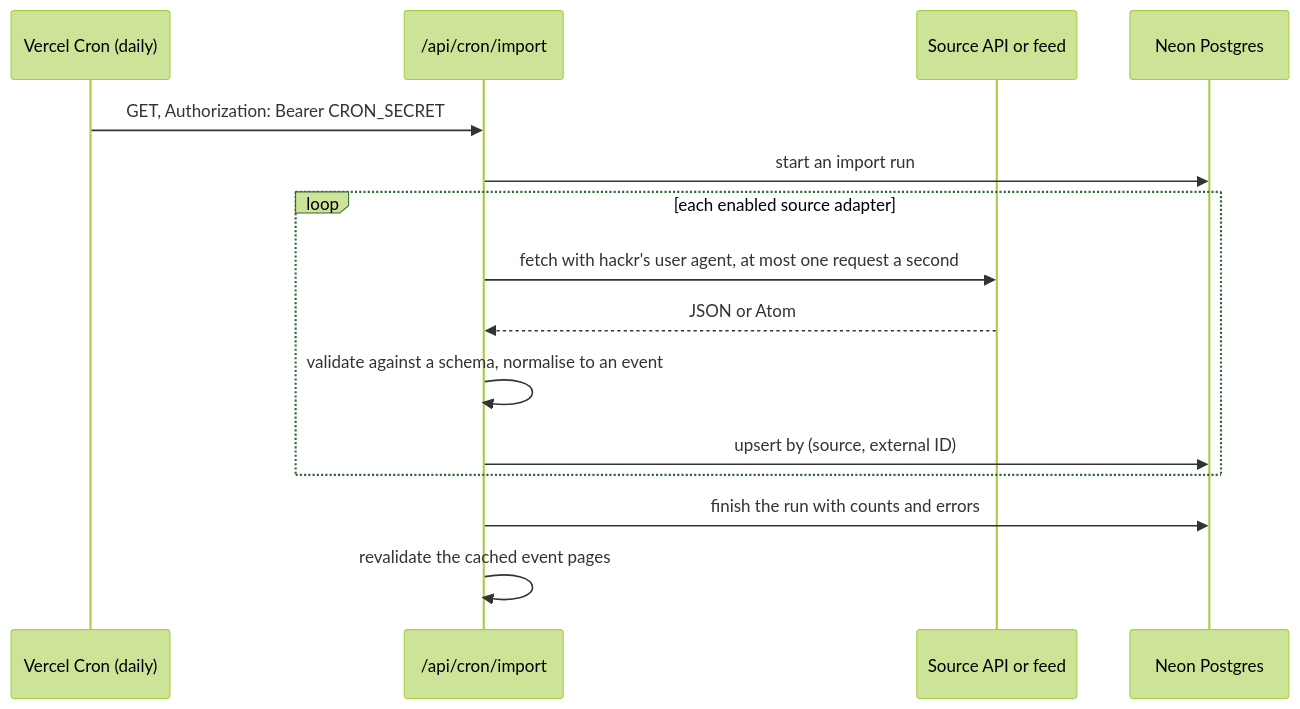
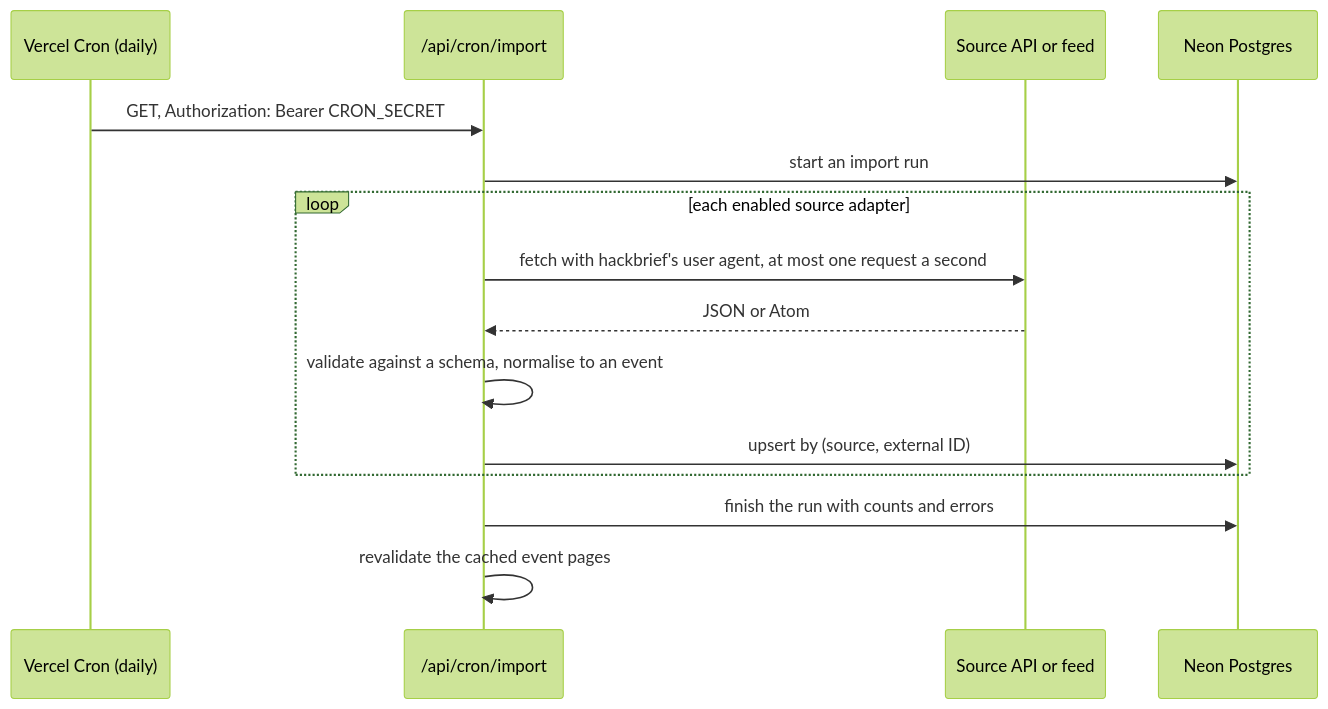
Before and after one commit to ayobamy/hackbrief: the second of 2 diagrams in docs/architecture.md, drawn with Mermaid (forest theme). The commit also changed other lines of this file and 37 other files, not shown here.

First line of the commit message:
chore(brand): rename hackr to hackbrief

````diff
--- a/docs/architecture.md
+++ b/docs/architecture.md
@@ -44,18 +44,18 @@
 ```mermaid
 sequenceDiagram
   participant Cron as Vercel Cron (daily)
   participant Job as /api/cron/import
   participant Source as Source API or feed
   participant DB as Neon Postgres
 
   Cron->>Job: GET, Authorization: Bearer CRON_SECRET
   Job->>DB: start an import run
   loop each enabled source adapter
-    Job->>Source: fetch with hackr's user agent, at most one request a second
+    Job->>Source: fetch with hackbrief's user agent, at most one request a second
     Source-->>Job: JSON or Atom
     Job->>Job: validate against a schema, normalise to an event
     Job->>DB: upsert by (source, external ID)
   end
   Job->>DB: finish the run with counts and errors
   Job->>Job: revalidate the cached event pages
 ```
````
